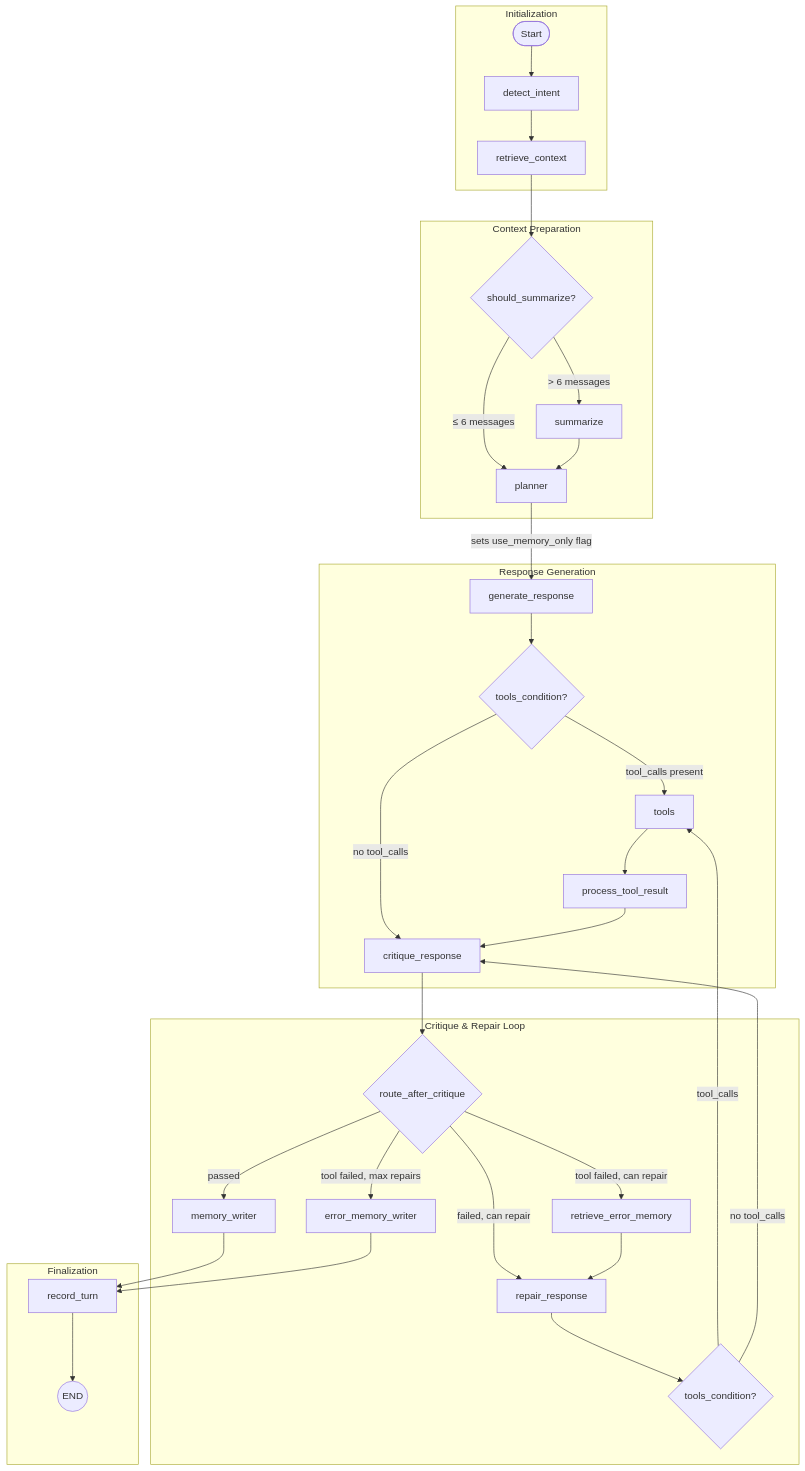
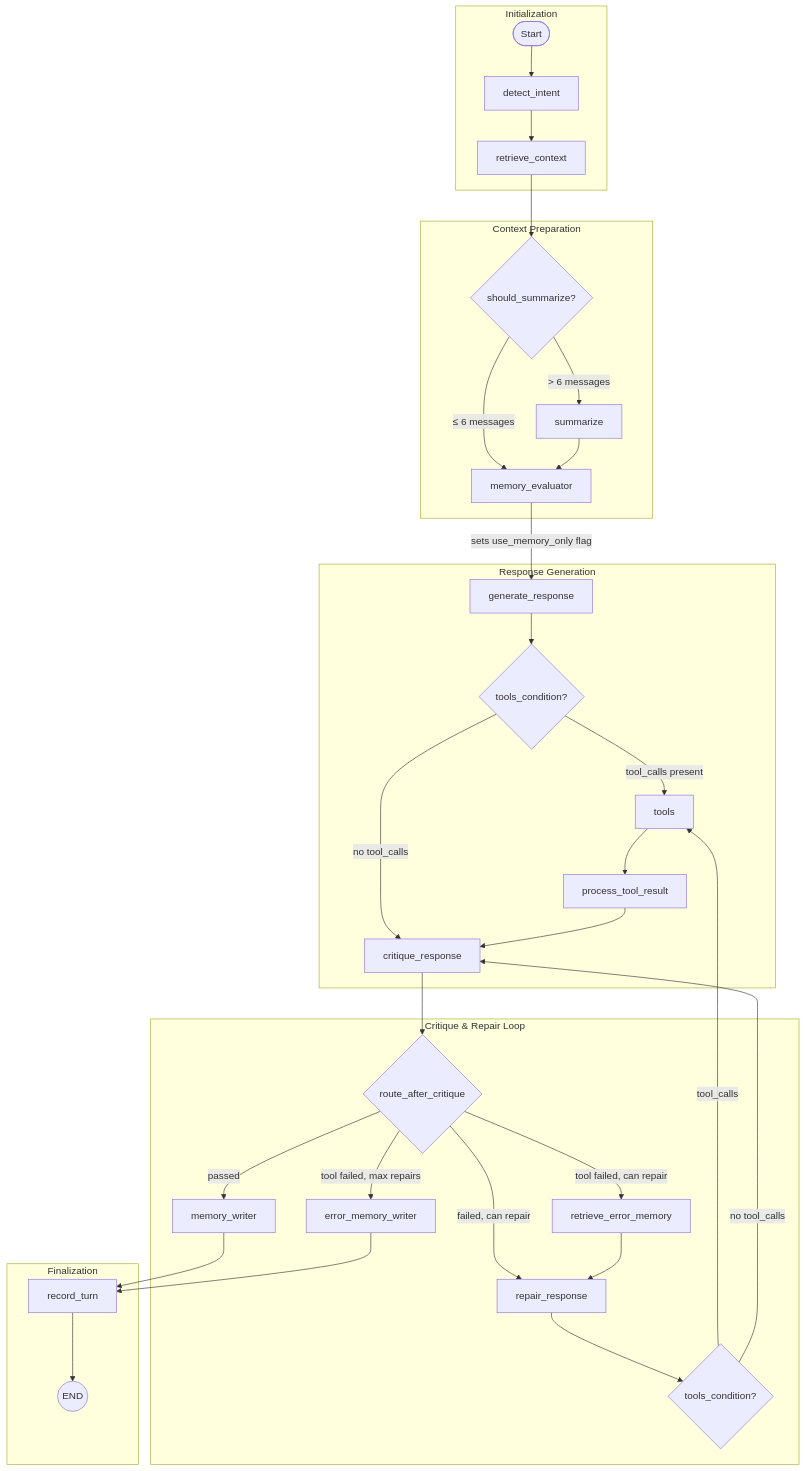
Before and after one commit to isameerkhan12/smart-home-langgraph: the diagram in docs/workflow-graph.md, drawn with Mermaid. The commit also changed other lines of this file and 4 other files, not shown here.

First line of the commit message:
Update : handle partial memory usages in "planner" node + renamed "planner" node to "memory_evaluator" node + unplugged the STM from the "generate_responce" node's prompt

````diff
--- a/docs/workflow-graph.md
+++ b/docs/workflow-graph.md
@@ -3,41 +3,41 @@
 ```mermaid
 flowchart TD
     subgraph init["Initialization"]
         A([Start]) --> B[detect_intent]
         B --> C[retrieve_context]
     end
 
     subgraph context["Context Preparation"]
         C --> D{should_summarize?}
         D -->|"> 6 messages"| E[summarize]
-        D -->|"≤ 6 messages"| P[planner]
+        D -->|"≤ 6 messages"| P[memory_evaluator]
         E --> P
     end
 
     subgraph generation["Response Generation"]
         P -->|"sets use_memory_only flag"| F[generate_response]
         F --> G{tools_condition?}
         G -->|"tool_calls present"| H[tools]
         G -->|"no tool_calls"| I[critique_response]
         H --> J[process_tool_result]
         J --> I
     end
 
     subgraph repair["Critique & Repair Loop"]
         I --> K{route_after_critique}
         K -->|"passed"| L[memory_writer]
         K -->|"failed, can repair"| M[repair_response]
         K -->|"tool failed, can repair"| N[retrieve_error_memory]
         K -->|"tool failed, max repairs"| O[error_memory_writer]
         N --> M
         M --> G2{tools_condition?}
         G2 -->|"tool_calls"| H
         G2 -->|"no tool_calls"| I
     end
 
     subgraph finish["Finalization"]
         L --> Q[record_turn]
         O --> Q
         Q --> R((END))
     end
 ```
````
